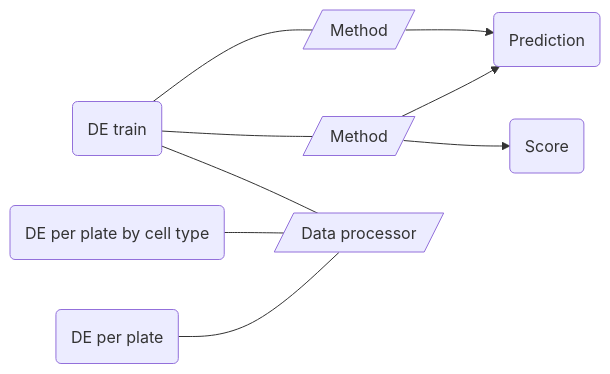
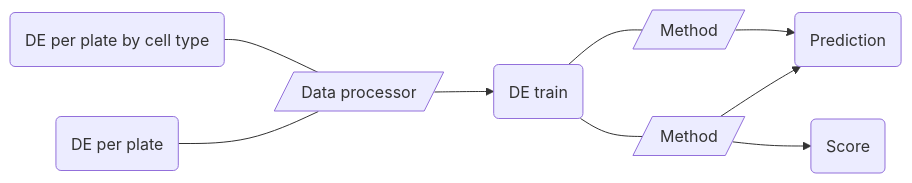
One commit to openproblems-bio/task_perturbation_prediction changed the diagram in README.md. Above: the diagram before and after it, drawn with Mermaid. The commit also changed other lines of this file and 1 other file, not shown here.

Commit message:
fix direction

````diff
--- a/README.md
+++ b/README.md
@@ -26,19 +26,19 @@
 ``` mermaid
 flowchart LR
+  file_de_per_plate_by_celltype("DE per plate by cell type")
+  comp_process_dataset[/"Data processor"/]
   file_de_train("DE train")
   comp_method[/"Method"/]
   comp_metric[/"Method"/]
-  comp_process_dataset[/"Data processor"/]
   file_prediction("Prediction")
   file_score("Score")
-  file_de_per_plate_by_celltype("DE per plate by cell type")
   file_de_per_plate("DE per plate")
+  file_de_per_plate_by_celltype---comp_process_dataset
+  comp_process_dataset-->file_de_train
   file_de_train---comp_method
   file_de_train---comp_metric
-  file_de_train---comp_process_dataset
   comp_method-->file_prediction
   comp_metric-->file_prediction
   comp_metric-->file_score
-  file_de_per_plate_by_celltype---comp_process_dataset
   file_de_per_plate---comp_process_dataset
 ```
````
